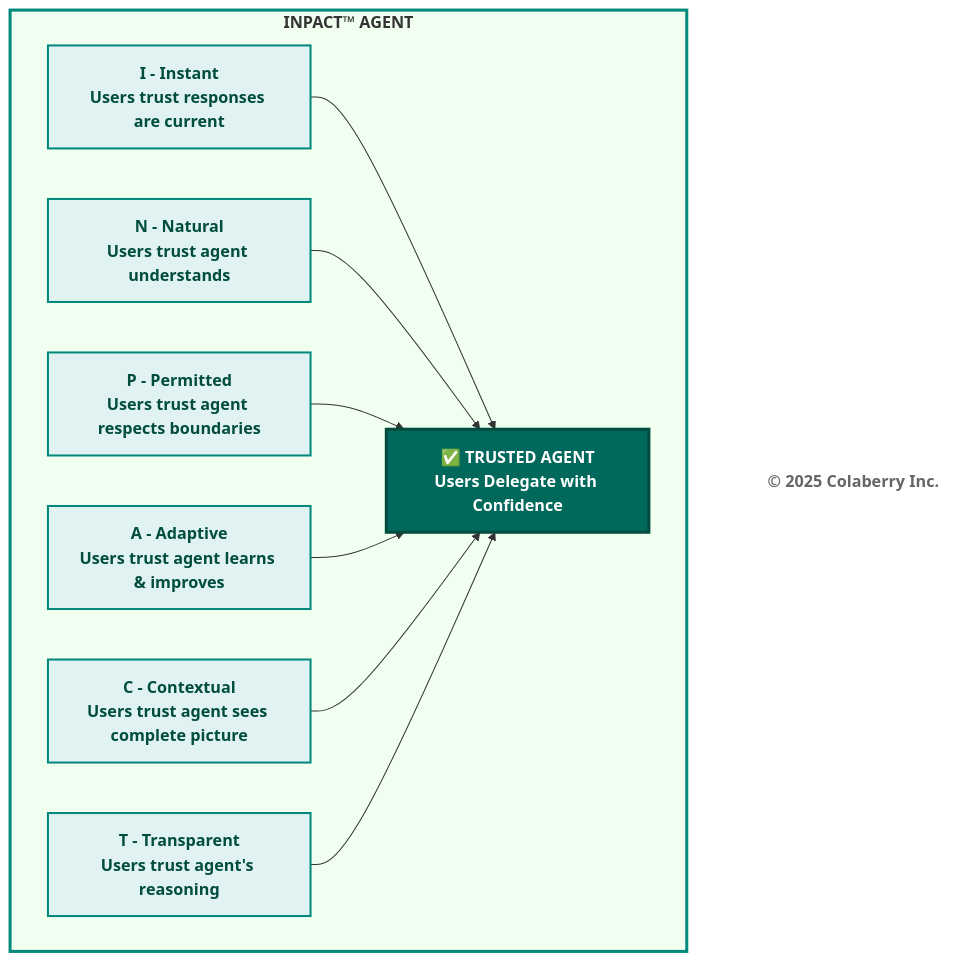
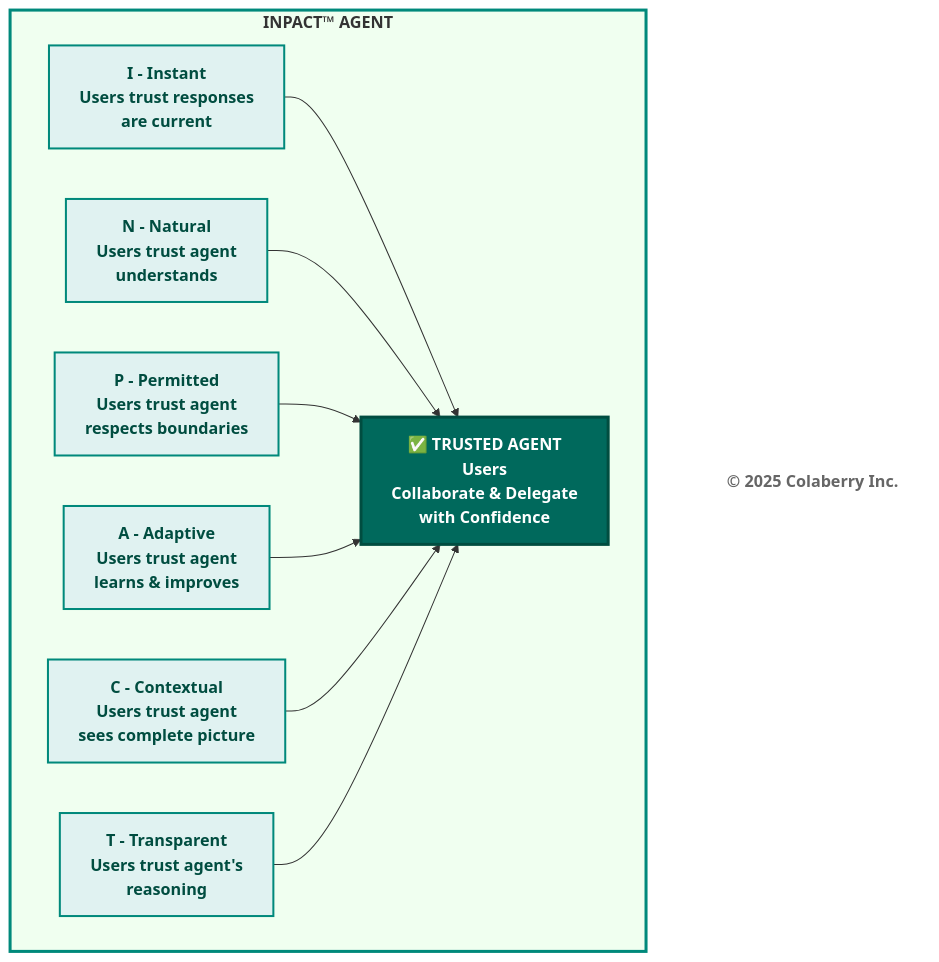
One commit to saitejesh-cyber/trust-before-intelligence-book changed the fourth of 12 diagrams in manuscript/03_chapter_2_inpact_framework_v3_7.md. Above: the diagram before and after it, drawn with Mermaid.

Commit message:
Fixing readability issues with diagram 3
Fixing readability issues with diagram 3

````diff
--- a/manuscript/03_chapter_2_inpact_framework_v3_7.md
+++ b/manuscript/03_chapter_2_inpact_framework_v3_7.md
@@ -237,34 +237,34 @@
 ```mermaid
 graph TB
     subgraph BOX["<b>INPACT™ AGENT</b>"]
-        I["<b>I - Instant</b><br/><b>Users trust responses are current</b>"]
-        N["<b>N - Natural</b><br/><b>Users trust agent understands</b>"]
-        P["<b>P - Permitted</b><br/><b>Users trust agent respects boundaries</b>"]
-        A["<b>A - Adaptive</b><br/><b>Users trust agent learns & improves</b>"]
-        C["<b>C - Contextual</b><br/><b>Users trust agent sees complete picture</b>"]
-        T["<b>T - Transparent</b><br/><b>Users trust agent's reasoning</b>"]
+        I["<b>I - Instant</b><br/><b>Users trust responses<br/> are current</b>"]
+        N["<b>N - Natural</b><br/><b>Users trust agent<br/> understands</b>"]
+        P["<b>P - Permitted</b><br/><b>Users trust agent<br/> respects boundaries</b>"]
+        A["<b>A - Adaptive</b><br/><b>Users trust agent<br/> learns & improves</b>"]
+        C["<b>C - Contextual</b><br/><b>Users trust agent<br/> sees complete picture</b>"]
+        T["<b>T - Transparent</b><br/><b>Users trust agent's<br/> reasoning</b>"]
         
-        TRUST["<b>✅ TRUSTED AGENT</b><br/><b>Users Delegate with Confidence</b>"]
+        TRUST["<b>✅ TRUSTED AGENT</b><br/><b>Users<br/> Collaborate & Delegate<br/> with Confidence</b>"]
         
         I --> TRUST
         N --> TRUST
         P --> TRUST
         A --> TRUST
         C --> TRUST
         T --> TRUST
     end
     
     COPYRIGHT["<b>© 2025 Colaberry Inc.</b>"]
     
     style BOX fill:#f0fff0,stroke:#00897b,stroke-width:3px
     style I fill:#e0f2f1,stroke:#00897b,stroke-width:2px,color:#004d40
     style N fill:#e0f2f1,stroke:#00897b,stroke-width:2px,color:#004d40
     style P fill:#e0f2f1,stroke:#00897b,stroke-width:2px,color:#004d40
     style A fill:#e0f2f1,stroke:#00897b,stroke-width:2px,color:#004d40
     style C fill:#e0f2f1,stroke:#00897b,stroke-width:2px,color:#004d40
     style T fill:#e0f2f1,stroke:#00897b,stroke-width:2px,color:#004d40
     
     style TRUST fill:#00695c,color:#ffffff,stroke:#004d40,stroke-width:3px
     
     style COPYRIGHT fill:#ffffff,stroke:none,color:#666666
 ```
````
